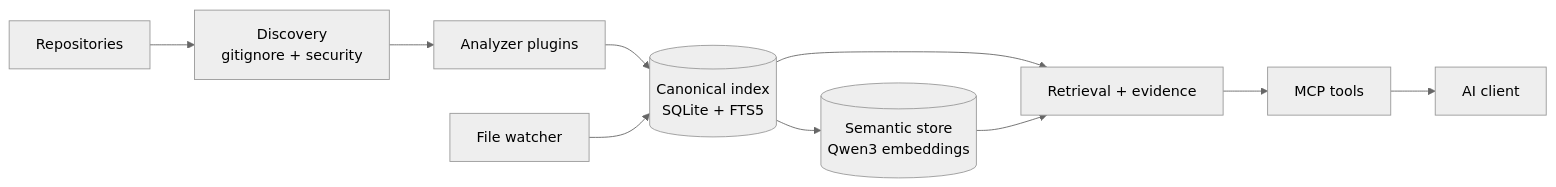
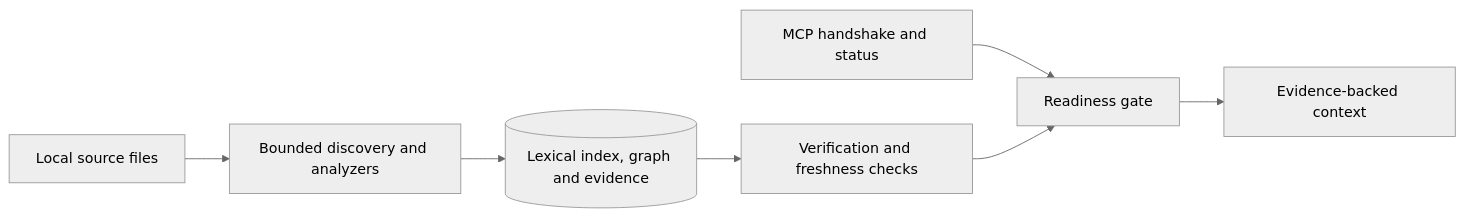
Before and after one commit to aman-5/attic: the diagram in README.md, drawn with Mermaid (neutral theme). The commit also changed other lines of this file and 118 other files, not shown here.

First line of the commit message:
Renew Attic with managed local SQLite retrieval

````diff
--- a/README.md
+++ b/README.md
@@ -362,11 +322,9 @@
 ```mermaid
 flowchart LR
-    R[Repositories] --> D[Discovery<br/>gitignore + security]
-    D --> A[Analyzer plugins]
-    A --> I[(Canonical index<br/>SQLite + FTS5)]
-    I --> S[(Semantic store<br/>Qwen3 embeddings)]
-    W[File watcher] --> I
-    I --> Q[Retrieval + evidence]
-    S --> Q
-    Q --> M[MCP tools] --> C[AI client]
+    MCP[MCP handshake and status] --> R[Readiness gate]
+    Files[Local source files] --> Parse[Bounded discovery and analyzers]
+    Parse --> Index[(Lexical index, graph and evidence)]
+    Index --> Verify[Verification and freshness checks]
+    Verify --> R
+    R --> Answer[Evidence-backed context]
 ```
````
